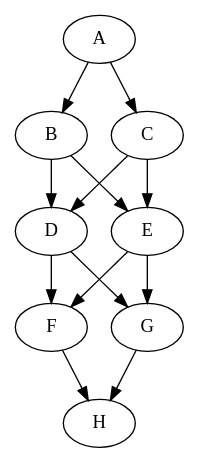
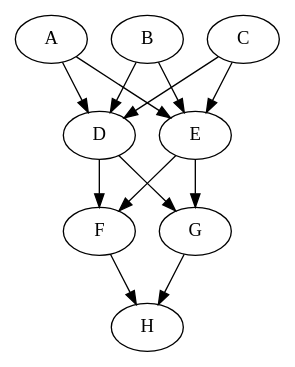
The second of 3 diagrams in README.md (haasdo95/dot_parser_cpp), drawn with Graphviz before and after one commit. The commit also changed other lines of this file and 2 other files, not shown here.

Commit message:
disallowed colons in node lists of edge stmt

````diff
--- a/README.md
+++ b/README.md
@@ -33,6 +33,6 @@
 ```dot
 digraph {
     A; B; C; D; E; F; G; H
-    A -> {B, C} -> {D E} -> {F; G} -> {H}
+    {A B, C} -> {D E} -> {F, G} -> {H}
 }
 ```
````
